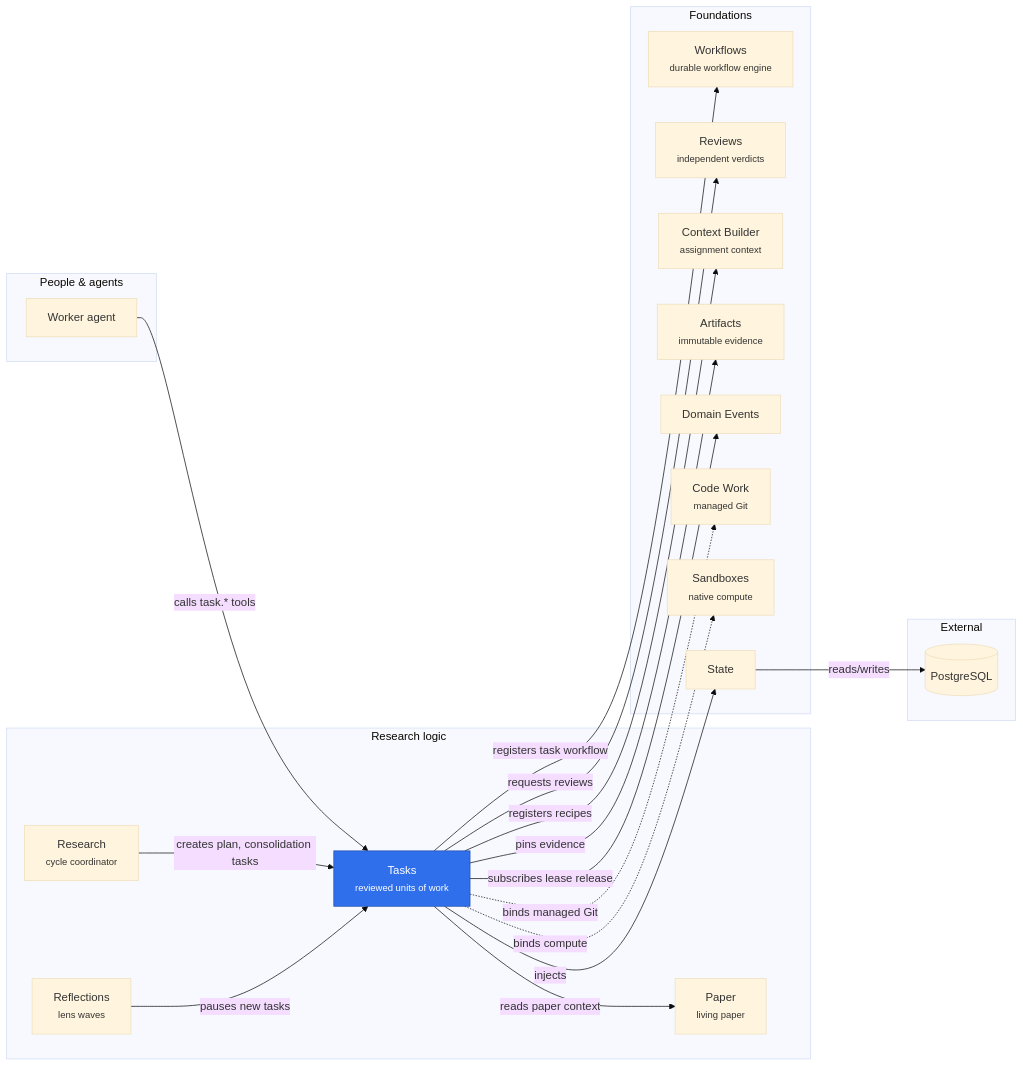
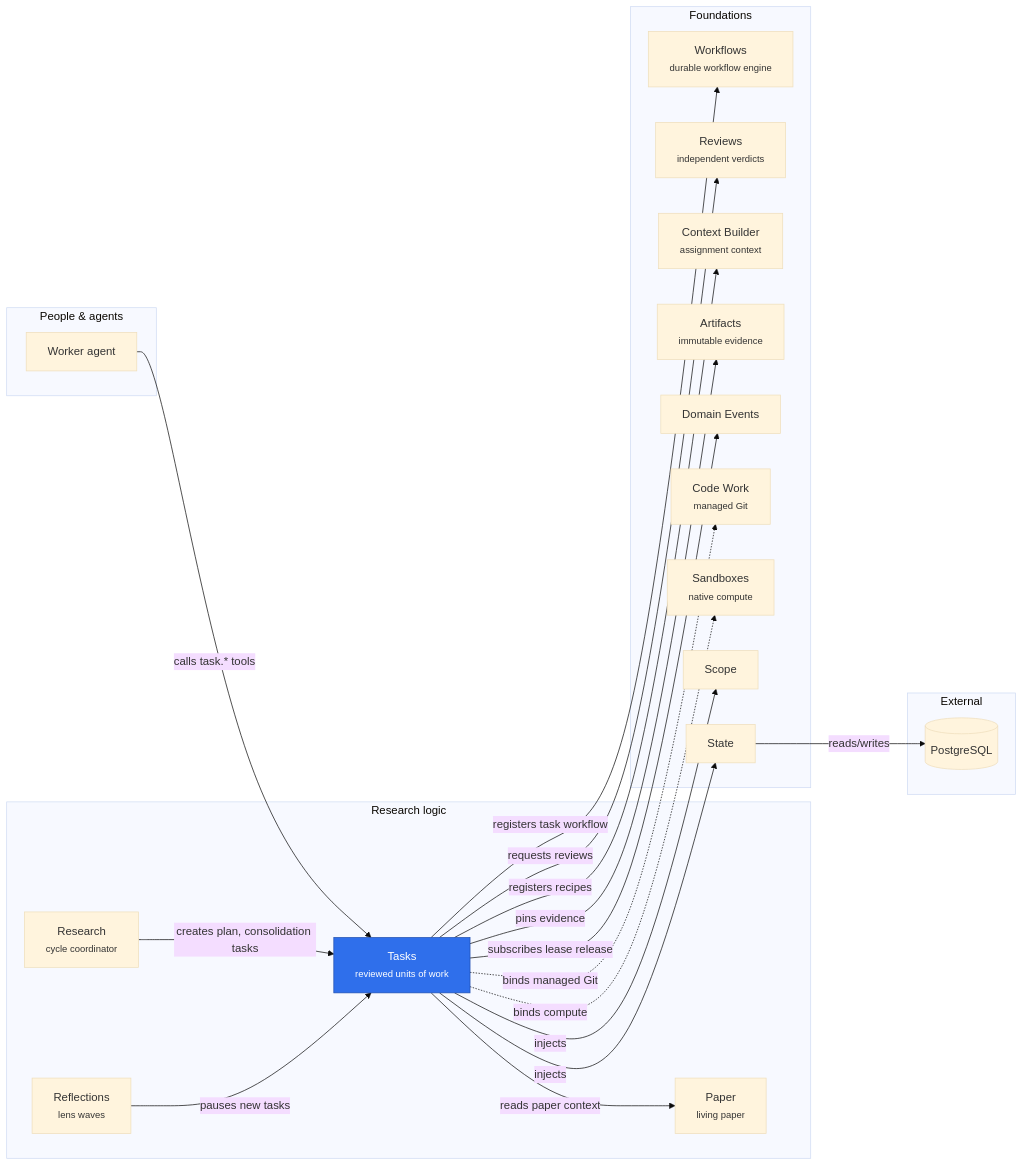
Before and after one commit to rapidreview-io/Merv: the diagram in merv-typescript/packages/tasks/README.md, drawn with Mermaid (base theme). The commit also changed 6 other files, not shown here.

First line of the commit message:
Draw the Scope injection and the Fleet and Sandboxes UI adapters in their diagrams

````diff
--- a/merv-typescript/packages/tasks/README.md
+++ b/merv-typescript/packages/tasks/README.md
@@ -7,40 +7,42 @@
 ```mermaid
 flowchart LR
   subgraph people["People & agents"]
     worker["Worker agent"]
   end
   subgraph logic["Research logic"]
     tasks["Tasks<br/><small>reviewed units of work</small>"]
     research["Research<br/><small>cycle coordinator</small>"]
     reflections["Reflections<br/><small>lens waves</small>"]
     paper["Paper<br/><small>living paper</small>"]
   end
   subgraph foundations["Foundations"]
     workflows["Workflows<br/><small>durable workflow engine</small>"]
     reviews["Reviews<br/><small>independent verdicts</small>"]
     contextBuilder["Context Builder<br/><small>assignment context</small>"]
     artifacts["Artifacts<br/><small>immutable evidence</small>"]
     domainEvents["Domain Events"]
     codeWork["Code Work<br/><small>managed Git</small>"]
     sandboxes["Sandboxes<br/><small>native compute</small>"]
+    scope["Scope"]
     state["State"]
   end
   subgraph external["External"]
     postgres[("PostgreSQL")]
   end
   worker -- "calls task.* tools" --> tasks
   research -- "creates plan, consolidation tasks" --> tasks
   reflections -- "pauses new tasks" --> tasks
   tasks -- "registers task workflow" --> workflows
   tasks -- "requests reviews" --> reviews
   tasks -- "registers recipes" --> contextBuilder
   tasks -- "reads paper context" --> paper
   tasks -- "pins evidence" --> artifacts
   tasks -- "subscribes lease release" --> domainEvents
   tasks -. "binds managed Git" .-> codeWork
   tasks -. "binds compute" .-> sandboxes
+  tasks -- "injects" --> scope
   tasks -- "injects" --> state
   state -- "reads/writes" --> postgres
   class tasks self
   classDef self fill:#2f6feb,color:#fff,stroke:#1f4fb0
 ```
````
